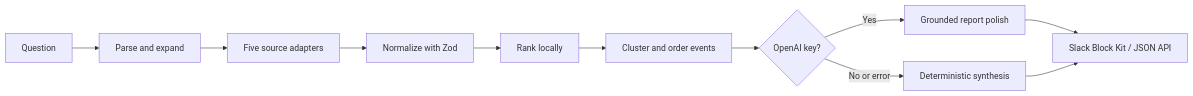
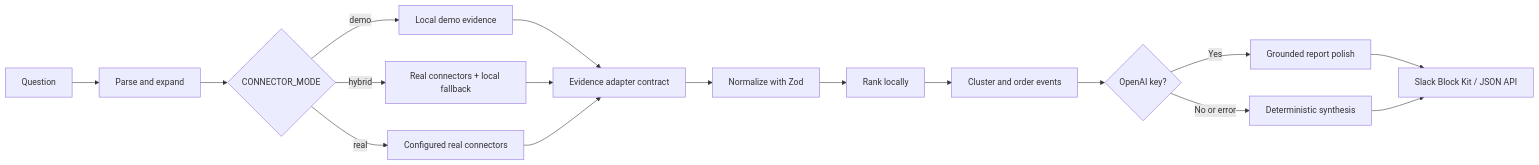
One commit to kjblue3/agentkj changed the diagram in ARCHITECTURE.md. Above: the diagram before and after it, drawn with Mermaid. The commit also changed other lines of this file and 21 other files, not shown here.

````diff
--- a/ARCHITECTURE.md
+++ b/ARCHITECTURE.md
@@ -5,13 +5,19 @@
 ```mermaid
 flowchart LR
   Q[Question] --> P[Parse and expand]
-  P --> C[Five source adapters]
+  P --> M{CONNECTOR_MODE}
+  M -->|demo| D[Local demo evidence]
+  M -->|hybrid| H[Real connectors + local fallback]
+  M -->|real| X[Configured real connectors]
+  D --> C[Evidence adapter contract]
+  H --> C
+  X --> C
   C --> N[Normalize with Zod]
   N --> R[Rank locally]
   R --> T[Cluster and order events]
   T --> S{OpenAI key?}
   S -->|Yes| O[Grounded report polish]
   S -->|No or error| F[Deterministic synthesis]
   O --> U[Slack Block Kit / JSON API]
   F --> U
 ```
````
